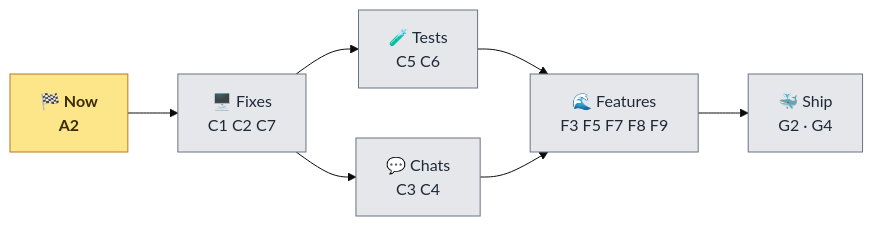
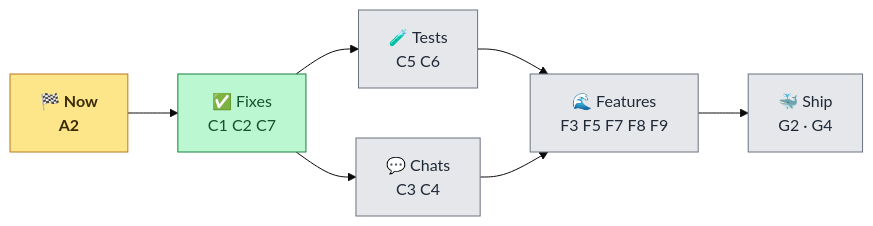
The third of 3 diagrams in FRONTEND_STATUS.md (anurag-joshi-1403/Multi-Agent-AI-Platform), drawn with Mermaid (base theme) before and after one commit. The commit also changed other lines of this file and 1 other file, not shown here.

First line of the commit message:
docs(tasks): mark C1, C2 and C7 done

````diff
--- a/FRONTEND_STATUS.md
+++ b/FRONTEND_STATUS.md
@@ -194,12 +194,14 @@
 ```mermaid
 flowchart LR
     classDef now fill:#fde68a,stroke:#b7791f,color:#3a2a05,font-weight:bold
     classDef later fill:#e5e7eb,stroke:#6b7280,color:#1f2937
-    N["🏁 Now<br/>A2"] --> FX["🖥️ Fixes<br/>C1 C2 C7"] --> T["🧪 Tests<br/>C5 C6"]
+    classDef done fill:#bbf7d0,stroke:#15803d,color:#14532d
+    N["🏁 Now<br/>A2"] --> FX["✅ Fixes<br/>C1 C2 C7"] --> T["🧪 Tests<br/>C5 C6"]
     FX --> CH["💬 Chats<br/>C3 C4"]
     T --> NEW["🌊 Features<br/>F3 F5 F7 F8 F9"]
     CH --> NEW
     NEW --> SHIP["🐳 Ship<br/>G2 · G4"]
     class N now
-    class FX,T,CH,NEW,SHIP later
+    class FX done
+    class T,CH,NEW,SHIP later
 ```
````
